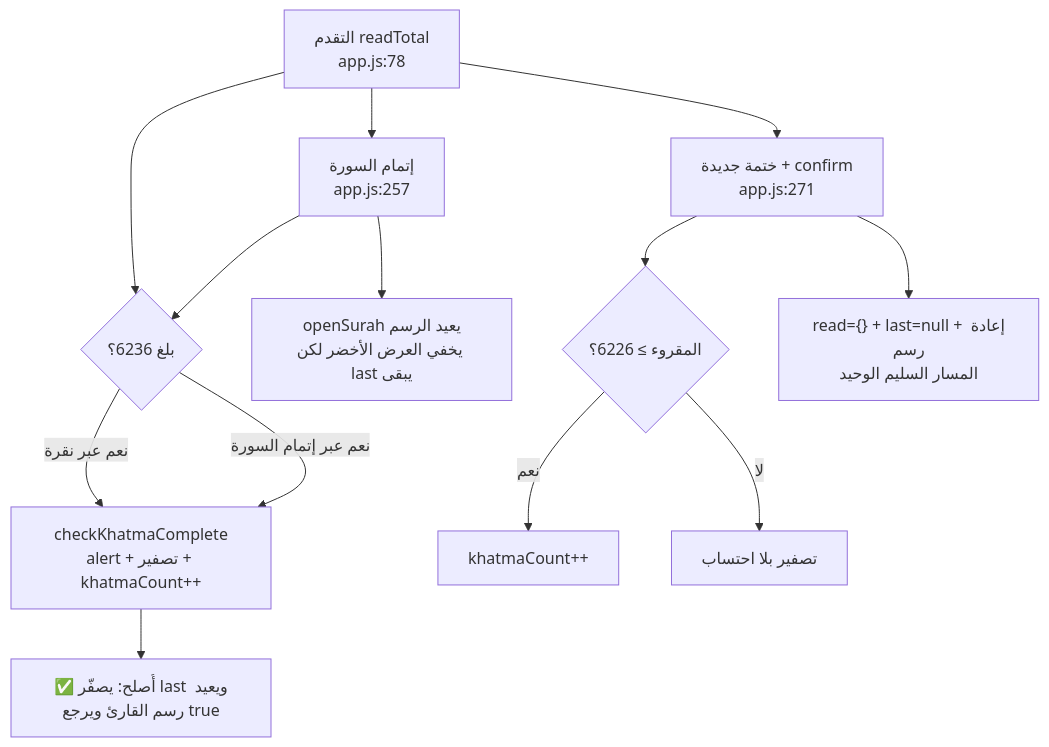
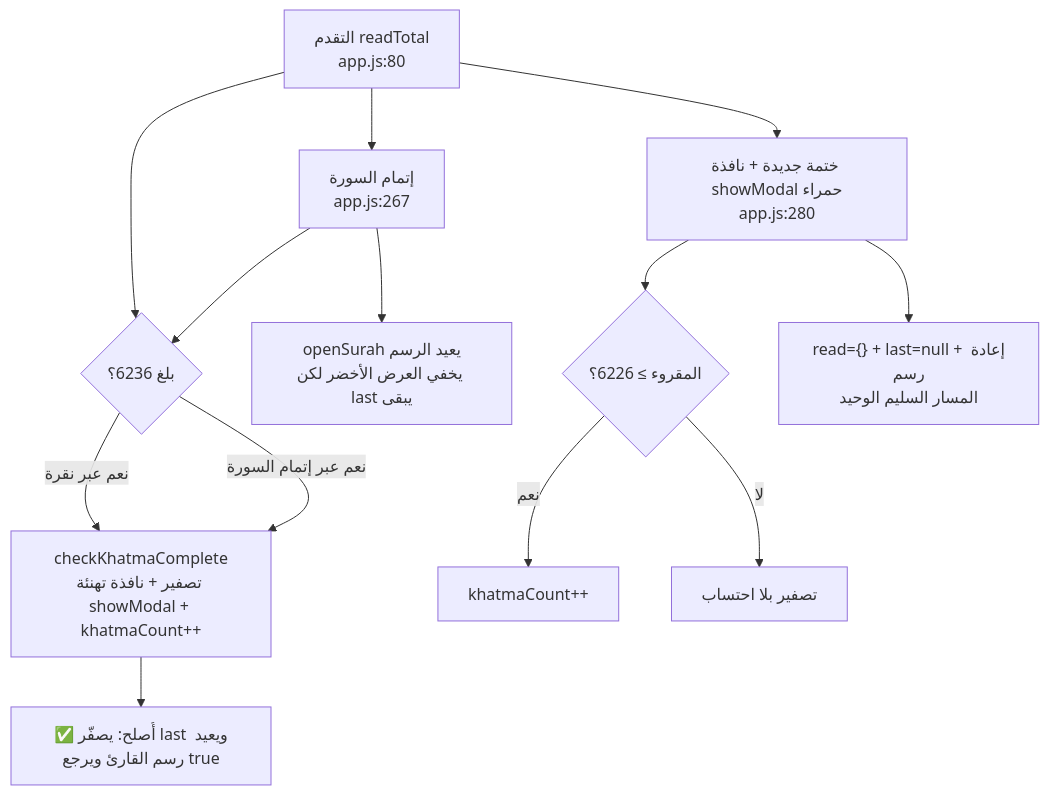
One commit to jabar-reda/quran-app changed the fifth of 5 diagrams in docs/CODE-MAP.md. Above: the diagram before and after it, drawn with Mermaid. The commit also changed other lines of this file and 5 other files, not shown here.

````diff
--- a/docs/CODE-MAP.md
+++ b/docs/CODE-MAP.md
@@ -86,13 +86,13 @@
 ```mermaid
 flowchart TD
-    P["التقدم readTotal<br/>app.js:78"] --> K{"بلغ 6236؟"}
-    K -- "نعم عبر نقرة" --> A1["checkKhatmaComplete<br/>alert + تصفير + khatmaCount++"]
+    P["التقدم readTotal<br/>app.js:80"] --> K{"بلغ 6236؟"}
+    K -- "نعم عبر نقرة" --> A1["checkKhatmaComplete<br/>تصفير + نافذة تهنئة showModal + khatmaCount++"]
     K -- "نعم عبر إتمام السورة" --> A1
     A1 --> X1["✅ أُصلح: يصفّر last ويعيد رسم القارئ ويرجع true"]
-    P --> M["إتمام السورة<br/>app.js:257"] --> K
+    P --> M["إتمام السورة<br/>app.js:267"] --> K
     M --> R["openSurah يعيد الرسم<br/>يخفي العرض الأخضر لكن last يبقى"]
-    P --> Z["ختمة جديدة + confirm<br/>app.js:271"] --> Z1{"المقروء ≥ 6226؟"}
+    P --> Z["ختمة جديدة + نافذة showModal حمراء<br/>app.js:280"] --> Z1{"المقروء ≥ 6226؟"}
     Z1 -- نعم --> Z2["khatmaCount++"]
     Z1 -- لا --> Z3["تصفير بلا احتساب"]
     Z --> Z4["read={} + last=null + إعادة رسم<br/>المسار السليم الوحيد"]
 ```
````
